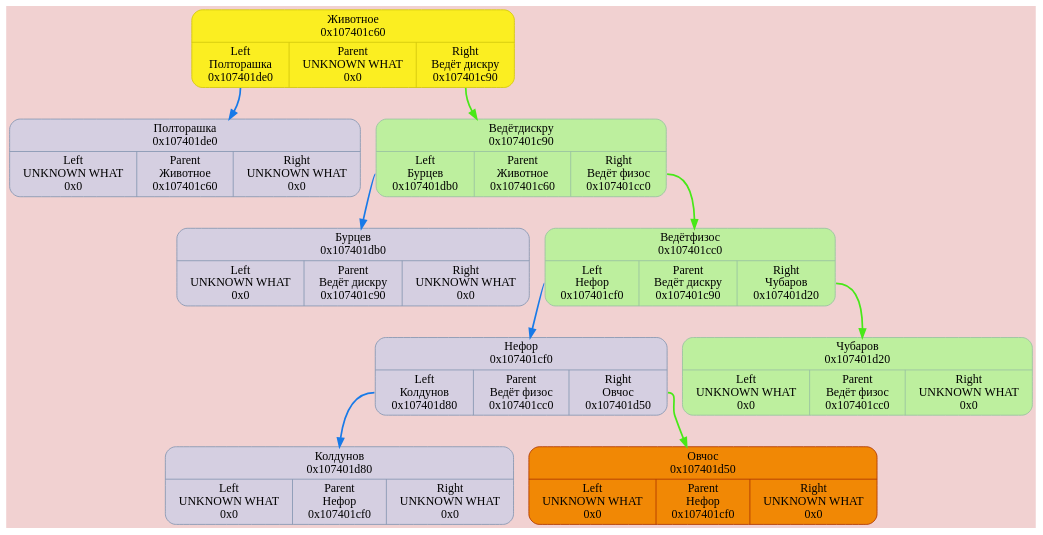
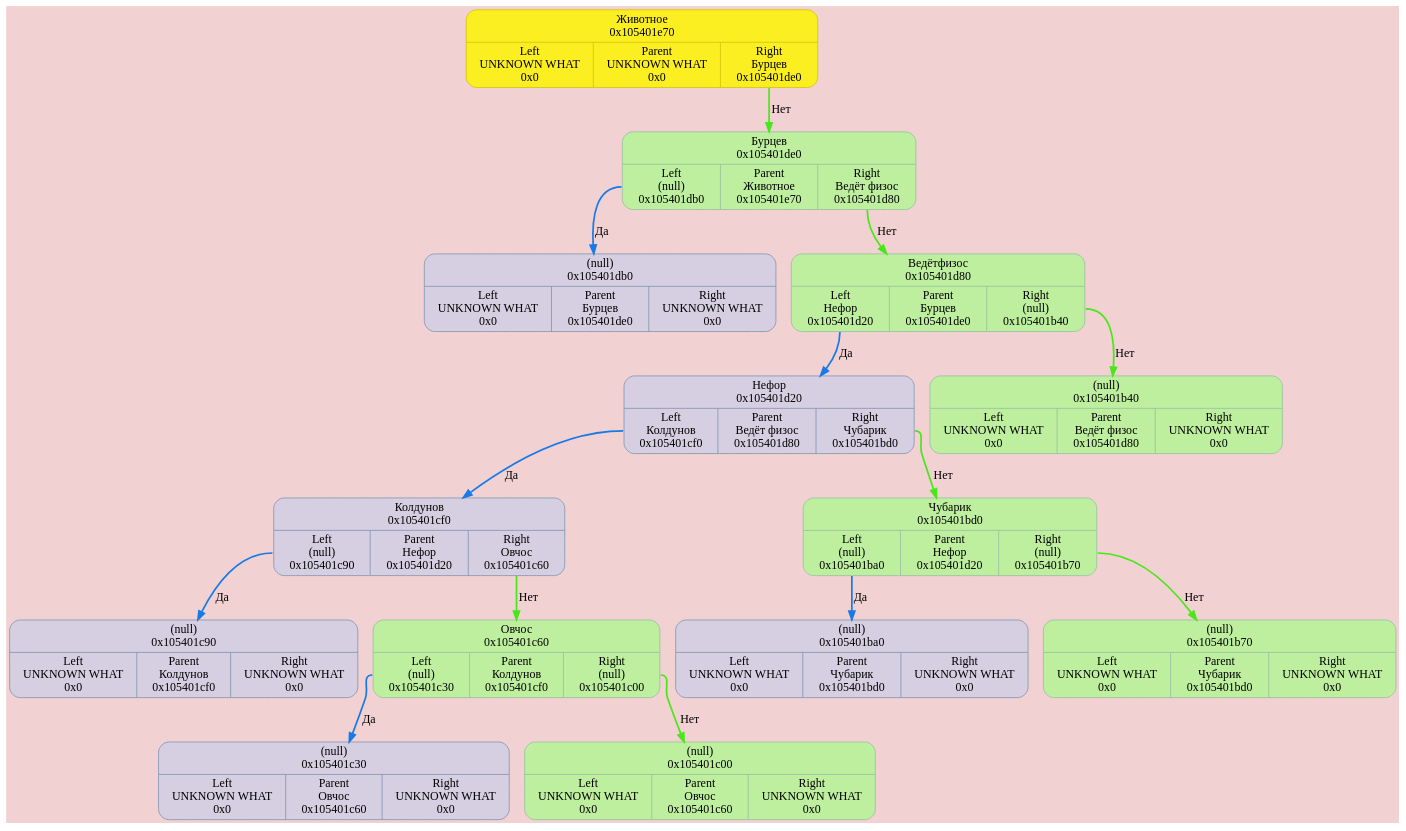
One commit to TolikRogov/Akinator changed the diagram in dump/graph.dot. Above: the diagram before and after it, drawn with Graphviz. The commit also changed 31 other files, not shown here.

```diff
--- a/dump/graph.dot
+++ b/dump/graph.dot
@@ -1,27 +1,39 @@
 digraph {
 	fontname = "UbuntuMono";
 	bgcolor = "#F1D1D1";
 
-	node0x107401c60 [ shape = Mrecord; style = filled; fillcolor = "#FBEE21"; color = "#D3C70D"; fontcolor = "#000000";label = " { Животное\n0x107401c60 | { <left> Left\nПолторашка\n0x107401de0 | Parent\nUNKNOWN WHAT\n0x0 | <right> Right\nВедёт дискру\n0x107401c90 } } ";  ];
-	node0x107401c60:<left> -> node0x107401de0 [ style = "bold"; color = "#187AE8" ];
-	node0x107401de0 [ shape = Mrecord; style = filled; fillcolor = "#D5CFE1"; color = "#8797b2"; fontcolor = "#000000";label = " { Полторашка\n0x107401de0 | { <left> Left\nUNKNOWN WHAT\n0x0 | Parent\nЖивотное\n0x107401c60 | <right> Right\nUNKNOWN WHAT\n0x0 } } ";  ];
-	node0x107401c60:<right> -> node0x107401c90 [ style = "bold"; color = "#48E818" ];
-	node0x107401c90 [ shape = Mrecord; style = filled; fillcolor = "#D5CFE1"; color = "#8797b2"; fontcolor = "#000000";label = " { Ведёт дискру\n0x107401c90 | { <left> Left\nБурцев\n0x107401db0 | Parent\nЖивотное\n0x107401c60 | <right> Right\nВедёт физос\n0x107401cc0 } } ";  ];
-	node0x107401c90:<left> -> node0x107401db0 [ style = "bold"; color = "#187AE8" ];
-	node0x107401db0 [ shape = Mrecord; style = filled; fillcolor = "#D5CFE1"; color = "#8797b2"; fontcolor = "#000000";label = " { Бурцев\n0x107401db0 | { <left> Left\nUNKNOWN WHAT\n0x0 | Parent\nВедёт дискру\n0x107401c90 | <right> Right\nUNKNOWN WHAT\n0x0 } } ";  ];
-	node0x107401c90:<right> -> node0x107401cc0 [ style = "bold"; color = "#48E818" ];
-	node0x107401cc0 [ shape = Mrecord; style = filled; fillcolor = "#D5CFE1"; color = "#8797b2"; fontcolor = "#000000";label = " { Ведёт физос\n0x107401cc0 | { <left> Left\nНефор\n0x107401cf0 | Parent\nВедёт дискру\n0x107401c90 | <right> Right\nЧубаров\n0x107401d20 } } ";  ];
-	node0x107401cc0:<left> -> node0x107401cf0 [ style = "bold"; color = "#187AE8" ];
-	node0x107401cf0 [ shape = Mrecord; style = filled; fillcolor = "#D5CFE1"; color = "#8797b2"; fontcolor = "#000000";label = " { Нефор\n0x107401cf0 | { <left> Left\nКолдунов\n0x107401d80 | Parent\nВедёт физос\n0x107401cc0 | <right> Right\nОвчос\n0x107401d50 } } ";  ];
-	node0x107401cf0:<left> -> node0x107401d80 [ style = "bold"; color = "#187AE8" ];
-	node0x107401d80 [ shape = Mrecord; style = filled; fillcolor = "#D5CFE1"; color = "#8797b2"; fontcolor = "#000000";label = " { Колдунов\n0x107401d80 | { <left> Left\nUNKNOWN WHAT\n0x0 | Parent\nНефор\n0x107401cf0 | <right> Right\nUNKNOWN WHAT\n0x0 } } ";  ];
-	node0x107401cf0:<right> -> node0x107401d50 [ style = "bold"; color = "#48E818" ];
-	node0x107401d50 [ shape = Mrecord; style = filled; fillcolor = "#D5CFE1"; color = "#8797b2"; fontcolor = "#000000";label = " { Овчос\n0x107401d50 | { <left> Left\nUNKNOWN WHAT\n0x0 | Parent\nНефор\n0x107401cf0 | <right> Right\nUNKNOWN WHAT\n0x0 } } ";  ];
-	node0x107401d50 [ shape = Mrecord; style = filled; fillcolor = "#BDEF9E"; color = "#99c2a2"; fontcolor = "#000000";label = " { Овчос\n0x107401d50 | { <left> Left\nUNKNOWN WHAT\n0x0 | Parent\nНефор\n0x107401cf0 | <right> Right\nUNKNOWN WHAT\n0x0 } } ";  ];
-	node0x107401d50 [ shape = Mrecord; style = filled; fillcolor = "#F18805"; color = "#AF3800"; fontcolor = "#000000";label = " { Овчос\n0x107401d50 | { <left> Left\nUNKNOWN WHAT\n0x0 | Parent\nНефор\n0x107401cf0 | <right> Right\nUNKNOWN WHAT\n0x0 } } ";  ];
-	node0x107401cc0:<right> -> node0x107401d20 [ style = "bold"; color = "#48E818" ];
-	node0x107401d20 [ shape = Mrecord; style = filled; fillcolor = "#D5CFE1"; color = "#8797b2"; fontcolor = "#000000";label = " { Чубаров\n0x107401d20 | { <left> Left\nUNKNOWN WHAT\n0x0 | Parent\nВедёт физос\n0x107401cc0 | <right> Right\nUNKNOWN WHAT\n0x0 } } ";  ];
-	node0x107401d20 [ shape = Mrecord; style = filled; fillcolor = "#BDEF9E"; color = "#99c2a2"; fontcolor = "#000000";label = " { Чубаров\n0x107401d20 | { <left> Left\nUNKNOWN WHAT\n0x0 | Parent\nВедёт физос\n0x107401cc0 | <right> Right\nUNKNOWN WHAT\n0x0 } } ";  ];
-	node0x107401cc0 [ shape = Mrecord; style = filled; fillcolor = "#BDEF9E"; color = "#99c2a2"; fontcolor = "#000000";label = " { Ведёт физос\n0x107401cc0 | { <left> Left\nНефор\n0x107401cf0 | Parent\nВедёт дискру\n0x107401c90 | <right> Right\nЧубаров\n0x107401d20 } } ";  ];
-	node0x107401c90 [ shape = Mrecord; style = filled; fillcolor = "#BDEF9E"; color = "#99c2a2"; fontcolor = "#000000";label = " { Ведёт дискру\n0x107401c90 | { <left> Left\nБурцев\n0x107401db0 | Parent\nЖивотное\n0x107401c60 | <right> Right\nВедёт физос\n0x107401cc0 } } ";  ];
+	node0x105401e70 [ shape = Mrecord; style = filled; fillcolor = "#FBEE21"; color = "#D3C70D"; fontcolor = "#000000";label = " { Животное\n0x105401e70 | { <left> Left\nUNKNOWN WHAT\n0x0 | Parent\nUNKNOWN WHAT\n0x0 | <right> Right\nБурцев\n0x105401de0 } } ";  ];
+	node0x105401e70:<right> -> node0x105401de0 [ style = "bold"; color = "#48E818"; label = "Нет"; ];
+	node0x105401de0 [ shape = Mrecord; style = filled; fillcolor = "#D5CFE1"; color = "#8797b2"; fontcolor = "#000000";label = " { Бурцев\n0x105401de0 | { <left> Left\n(null)\n0x105401db0 | Parent\nЖивотное\n0x105401e70 | <right> Right\nВедёт физос\n0x105401d80 } } ";  ];
+	node0x105401de0:<left> -> node0x105401db0 [ style = "bold"; color = "#187AE8"; label = "Да"; ];
+	node0x105401db0 [ shape = Mrecord; style = filled; fillcolor = "#D5CFE1"; color = "#8797b2"; fontcolor = "#000000";label = " { (null)\n0x105401db0 | { <left> Left\nUNKNOWN WHAT\n0x0 | Parent\nБурцев\n0x105401de0 | <right> Right\nUNKNOWN WHAT\n0x0 } } ";  ];
+	node0x105401de0:<right> -> node0x105401d80 [ style = "bold"; color = "#48E818"; label = "Нет"; ];
+	node0x105401d80 [ shape = Mrecord; style = filled; fillcolor = "#D5CFE1"; color = "#8797b2"; fontcolor = "#000000";label = " { Ведёт физос\n0x105401d80 | { <left> Left\nНефор\n0x105401d20 | Parent\nБурцев\n0x105401de0 | <right> Right\n(null)\n0x105401b40 } } ";  ];
+	node0x105401d80:<left> -> node0x105401d20 [ style = "bold"; color = "#187AE8"; label = "Да"; ];
+	node0x105401d20 [ shape = Mrecord; style = filled; fillcolor = "#D5CFE1"; color = "#8797b2"; fontcolor = "#000000";label = " { Нефор\n0x105401d20 | { <left> Left\nКолдунов\n0x105401cf0 | Parent\nВедёт физос\n0x105401d80 | <right> Right\nЧубарик\n0x105401bd0 } } ";  ];
+	node0x105401d20:<left> -> node0x105401cf0 [ style = "bold"; color = "#187AE8"; label = "Да"; ];
+	node0x105401cf0 [ shape = Mrecord; style = filled; fillcolor = "#D5CFE1"; color = "#8797b2"; fontcolor = "#000000";label = " { Колдунов\n0x105401cf0 | { <left> Left\n(null)\n0x105401c90 | Parent\nНефор\n0x105401d20 | <right> Right\nОвчос\n0x105401c60 } } ";  ];
+	node0x105401cf0:<left> -> node0x105401c90 [ style = "bold"; color = "#187AE8"; label = "Да"; ];
+	node0x105401c90 [ shape = Mrecord; style = filled; fillcolor = "#D5CFE1"; color = "#8797b2"; fontcolor = "#000000";label = " { (null)\n0x105401c90 | { <left> Left\nUNKNOWN WHAT\n0x0 | Parent\nКолдунов\n0x105401cf0 | <right> Right\nUNKNOWN WHAT\n0x0 } } ";  ];
+	node0x105401cf0:<right> -> node0x105401c60 [ style = "bold"; color = "#48E818"; label = "Нет"; ];
+	node0x105401c60 [ shape = Mrecord; style = filled; fillcolor = "#D5CFE1"; color = "#8797b2"; fontcolor = "#000000";label = " { Овчос\n0x105401c60 | { <left> Left\n(null)\n0x105401c30 | Parent\nКолдунов\n0x105401cf0 | <right> Right\n(null)\n0x105401c00 } } ";  ];
+	node0x105401c60:<left> -> node0x105401c30 [ style = "bold"; color = "#187AE8"; label = "Да"; ];
+	node0x105401c30 [ shape = Mrecord; style = filled; fillcolor = "#D5CFE1"; color = "#8797b2"; fontcolor = "#000000";label = " { (null)\n0x105401c30 | { <left> Left\nUNKNOWN WHAT\n0x0 | Parent\nОвчос\n0x105401c60 | <right> Right\nUNKNOWN WHAT\n0x0 } } ";  ];
+	node0x105401c60:<right> -> node0x105401c00 [ style = "bold"; color = "#48E818"; label = "Нет"; ];
+	node0x105401c00 [ shape = Mrecord; style = filled; fillcolor = "#D5CFE1"; color = "#8797b2"; fontcolor = "#000000";label = " { (null)\n0x105401c00 | { <left> Left\nUNKNOWN WHAT\n0x0 | Parent\nОвчос\n0x105401c60 | <right> Right\nUNKNOWN WHAT\n0x0 } } ";  ];
+	node0x105401c00 [ fillcolor = "#BDEF9E"; color = "#99c2a2"; fontcolor = "#000000"; ];
+	node0x105401c60 [ fillcolor = "#BDEF9E"; color = "#99c2a2"; fontcolor = "#000000"; ];
+	node0x105401d20:<right> -> node0x105401bd0 [ style = "bold"; color = "#48E818"; label = "Нет"; ];
+	node0x105401bd0 [ shape = Mrecord; style = filled; fillcolor = "#D5CFE1"; color = "#8797b2"; fontcolor = "#000000";label = " { Чубарик\n0x105401bd0 | { <left> Left\n(null)\n0x105401ba0 | Parent\nНефор\n0x105401d20 | <right> Right\n(null)\n0x105401b70 } } ";  ];
+	node0x105401bd0:<left> -> node0x105401ba0 [ style = "bold"; color = "#187AE8"; label = "Да"; ];
+	node0x105401ba0 [ shape = Mrecord; style = filled; fillcolor = "#D5CFE1"; color = "#8797b2"; fontcolor = "#000000";label = " { (null)\n0x105401ba0 | { <left> Left\nUNKNOWN WHAT\n0x0 | Parent\nЧубарик\n0x105401bd0 | <right> Right\nUNKNOWN WHAT\n0x0 } } ";  ];
+	node0x105401bd0:<right> -> node0x105401b70 [ style = "bold"; color = "#48E818"; label = "Нет"; ];
+	node0x105401b70 [ shape = Mrecord; style = filled; fillcolor = "#D5CFE1"; color = "#8797b2"; fontcolor = "#000000";label = " { (null)\n0x105401b70 | { <left> Left\nUNKNOWN WHAT\n0x0 | Parent\nЧубарик\n0x105401bd0 | <right> Right\nUNKNOWN WHAT\n0x0 } } ";  ];
+	node0x105401b70 [ fillcolor = "#BDEF9E"; color = "#99c2a2"; fontcolor = "#000000"; ];
+	node0x105401bd0 [ fillcolor = "#BDEF9E"; color = "#99c2a2"; fontcolor = "#000000"; ];
+	node0x105401d80:<right> -> node0x105401b40 [ style = "bold"; color = "#48E818"; label = "Нет"; ];
+	node0x105401b40 [ shape = Mrecord; style = filled; fillcolor = "#D5CFE1"; color = "#8797b2"; fontcolor = "#000000";label = " { (null)\n0x105401b40 | { <left> Left\nUNKNOWN WHAT\n0x0 | Parent\nВедёт физос\n0x105401d80 | <right> Right\nUNKNOWN WHAT\n0x0 } } ";  ];
+	node0x105401b40 [ fillcolor = "#BDEF9E"; color = "#99c2a2"; fontcolor = "#000000"; ];
+	node0x105401d80 [ fillcolor = "#BDEF9E"; color = "#99c2a2"; fontcolor = "#000000"; ];
+	node0x105401de0 [ fillcolor = "#BDEF9E"; color = "#99c2a2"; fontcolor = "#000000"; ];
 }
```
